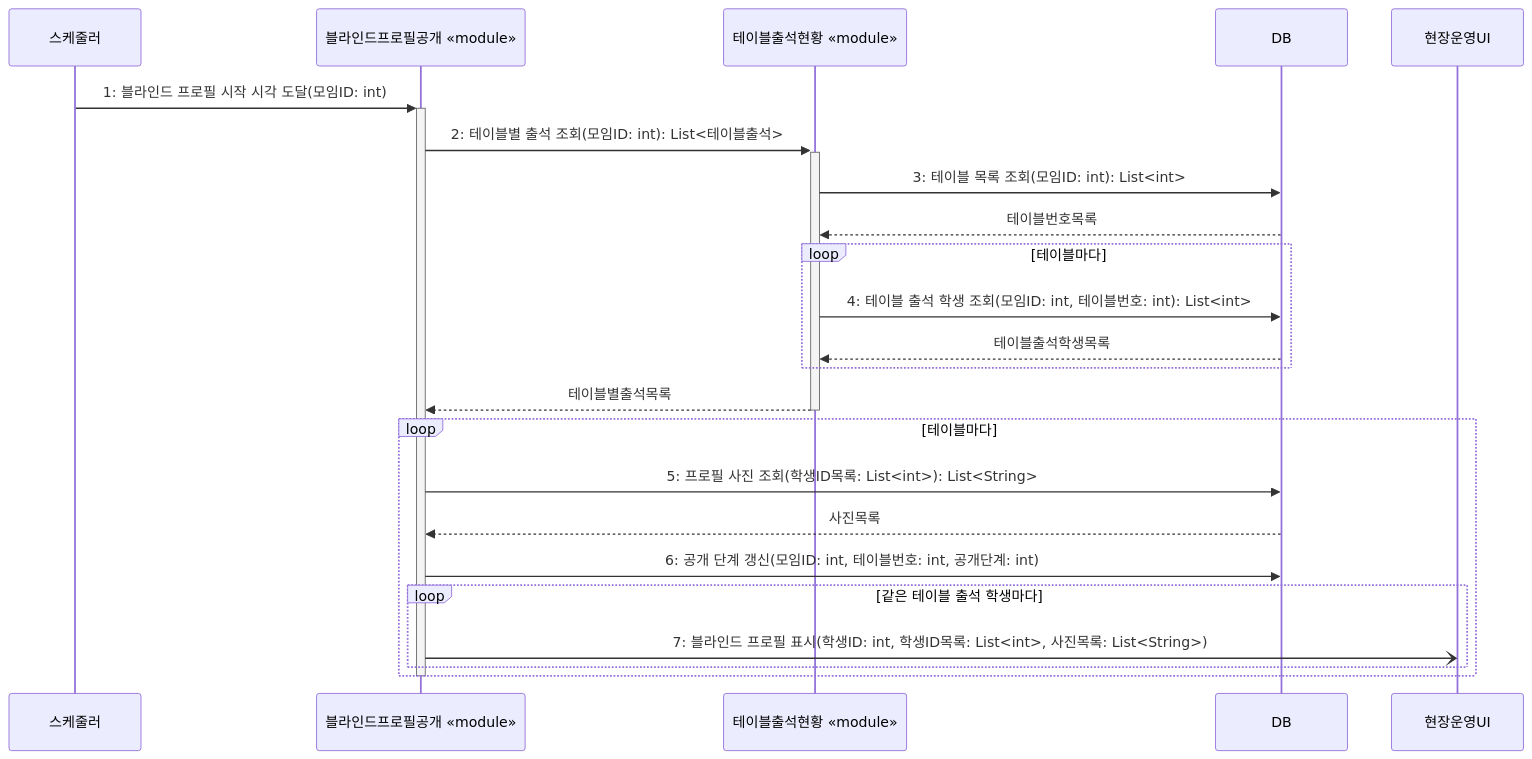
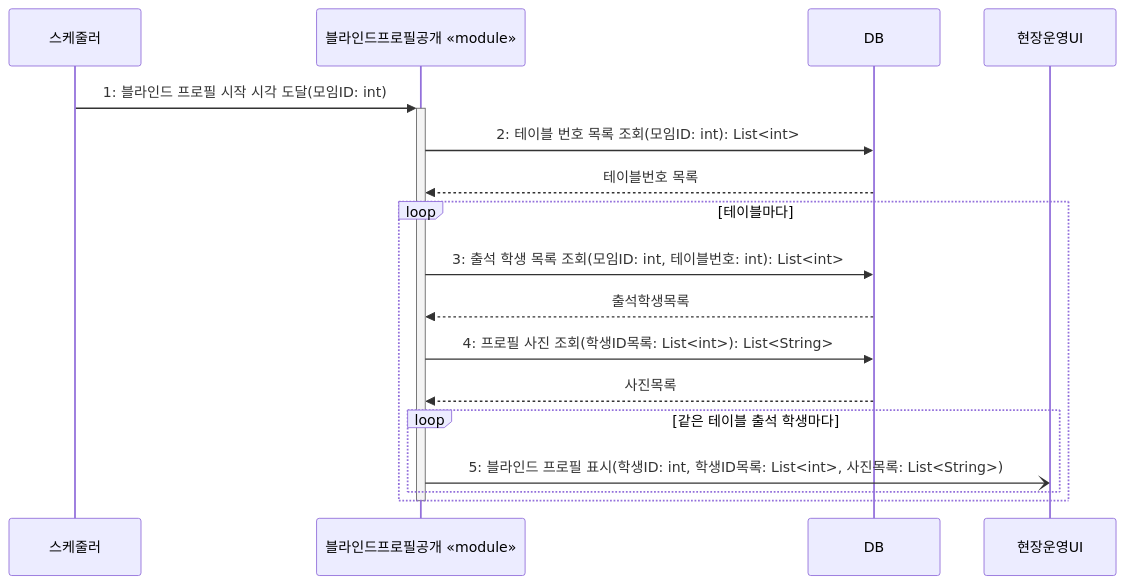
Before and after one commit to hojae3/sw-engineering-16: the diagram in presentation/08/2-sequence-v3.md, drawn with Mermaid. The commit also changed other lines of this file and 1 other file, not shown here.

Commit message:
[presentation] 8번 v3를 스케줄러 시작 한 장으로 정리 (테이블출석현황 제거, 테이블 번호 목록 → 테이블마다 출석 학생 목록 조회)

````diff
--- a/presentation/08/2-sequence-v3.md
+++ b/presentation/08/2-sequence-v3.md
@@ -16,28 +15,22 @@
 ```mermaid
 sequenceDiagram
     participant 스케줄러
     participant 공개 as 블라인드프로필공개 «module»
-    participant 현황 as 테이블출석현황 «module»
     participant DB as DB
     participant 화면 as 현장운영UI
 
     스케줄러->>+공개: 1: 블라인드 프로필 시작 시각 도달(모임ID: int)
-    공개->>+현황: 2: 테이블별 출석 조회(모임ID: int): List<테이블출석>
-    현황->>DB: 3: 테이블 목록 조회(모임ID: int): List<int>
-    DB-->>현황: 테이블번호목록
-    loop 테이블마다
-        현황->>DB: 4: 테이블 출석 학생 조회(모임ID: int, 테이블번호: int): List<int>
-        DB-->>현황: 테이블출석학생목록
-    end
-    현황-->>-공개: 테이블별출석목록
+    공개->>DB: 2: 테이블 번호 목록 조회(모임ID: int): List<int>
+    DB-->>공개: 테이블번호 목록
 
     loop 테이블마다
-        공개->>DB: 5: 프로필 사진 조회(학생ID목록: List<int>): List<String>
+        공개->>DB: 3: 출석 학생 목록 조회(모임ID: int, 테이블번호: int): List<int>
+        DB-->>공개: 출석학생목록
+        공개->>DB: 4: 프로필 사진 조회(학생ID목록: List<int>): List<String>
         DB-->>공개: 사진목록
-        공개->>DB: 6: 공개 단계 갱신(모임ID: int, 테이블번호: int, 공개단계: int)
         loop 같은 테이블 출석 학생마다
-            공개-)화면: 7: 블라인드 프로필 표시(학생ID: int, 학생ID목록: List<int>, 사진목록: List<String>)
+            공개-)화면: 5: 블라인드 프로필 표시(학생ID: int, 학생ID목록: List<int>, 사진목록: List<String>)
         end
     end
     deactivate 공개
 ```
````
